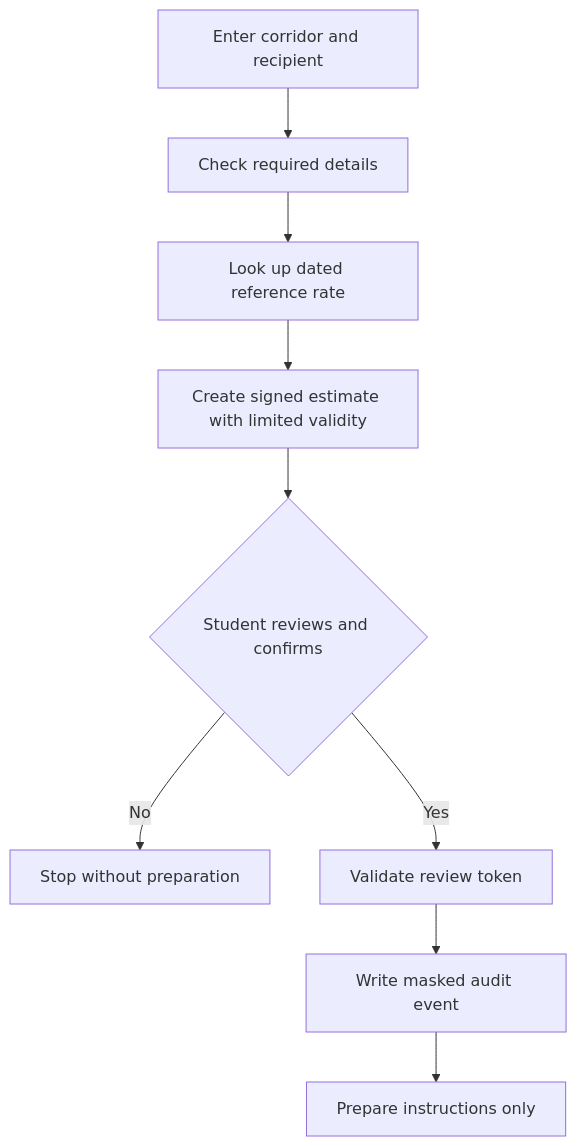
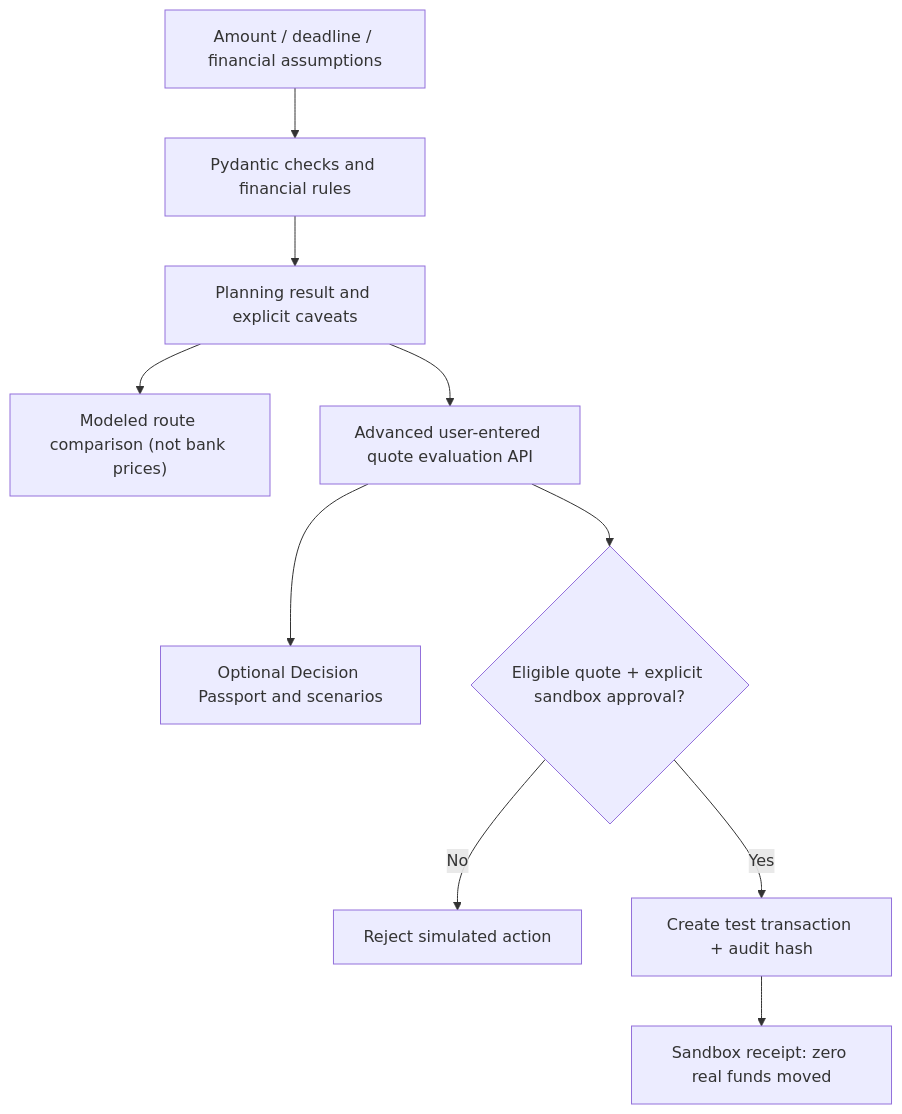
Before and after one commit to Takbir-Al-Tanim/StudentBridge-AI: the fifth of 9 diagrams in README.md, drawn with Mermaid. The commit also changed other lines of this file and 16 other files, not shown here.

````diff
--- a/README.md
+++ b/README.md
@@ -199,11 +393,12 @@
 ```mermaid
 flowchart TD
-    A["Enter corridor and recipient"] --> B["Check required details"]
-    B --> C["Look up dated reference rate"]
-    C --> D["Create signed estimate with limited validity"]
-    D --> E{"Student reviews and confirms"}
-    E -->|No| STOP["Stop without preparation"]
-    E -->|Yes| REVIEW["Validate review token"]
-    REVIEW --> AUDIT["Write masked audit event"]
-    AUDIT --> END["Prepare instructions only"]
+    INPUT["Amount / deadline / financial assumptions"] --> CHECK["Pydantic checks and financial rules"]
+    CHECK --> PLAN["Planning result and explicit caveats"]
+    PLAN --> SIMPLE["Modeled route comparison (not bank prices)"]
+    PLAN --> ADV["Advanced user-entered quote evaluation API"]
+    ADV --> PASS["Optional Decision Passport and scenarios"]
+    ADV --> GATE{"Eligible quote + explicit sandbox approval?"}
+    GATE -->|No| BLOCK["Reject simulated action"]
+    GATE -->|Yes| SIM["Create test transaction + audit hash"]
+    SIM --> RECEIPT["Sandbox receipt: zero real funds moved"]
 ```
````
